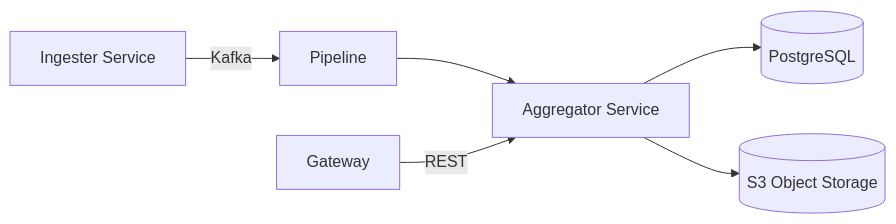
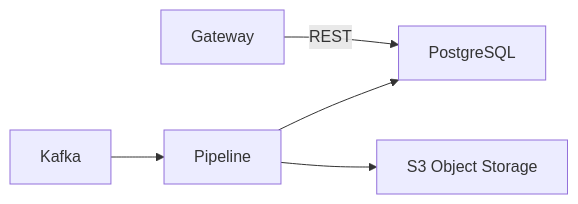
The first of 2 diagrams in docs/specification/pipeline.md (system-highload-architect/qos-pipeline), drawn with Mermaid before and after one commit. The commit also changed other lines of this file and 7 other files, not shown here.

````diff
--- a/docs/specification/pipeline.md
+++ b/docs/specification/pipeline.md
@@ -8,8 +8,7 @@
 ```mermaid
 graph LR
-    A[Ingester Service] -->|Kafka| B[Pipeline]
-    B --> C[Aggregator Service]
-    C --> D[(PostgreSQL)]
-    C --> E[(S3 Object Storage)]
-    F[Gateway] -->|REST| C
+    A[Kafka] --> B[Pipeline]
+    B --> C[PostgreSQL]
+    B --> D[S3 Object Storage]
+    E[Gateway] -->|REST| C
 ```
````
